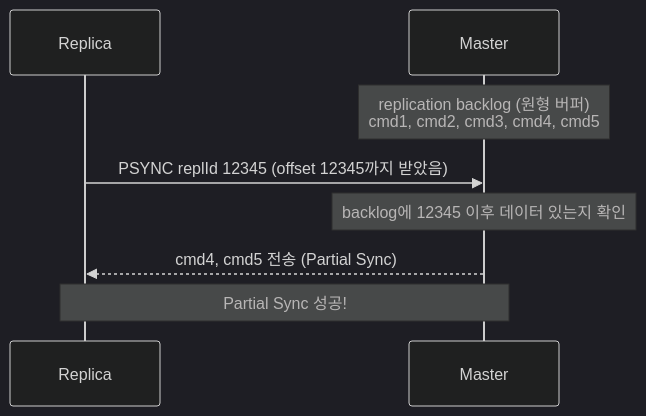
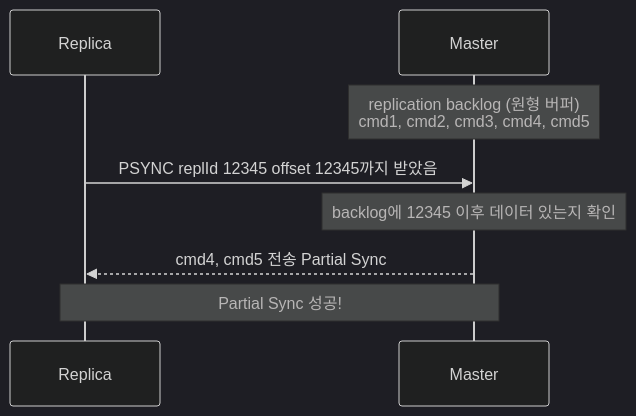
Before and after one commit to yjkim2015/yjkim2015.github.io: the third of 9 diagrams in _posts/redis/2026-05-01-redis-replication.md, drawn with Mermaid (dark theme). The commit also changed other lines of this file and 85 other files, not shown here.

First line of the commit message:
sequenceDiagram 문법 에러 2차 수정 169개 (86파일)

````diff
--- a/_posts/redis/2026-05-01-redis-replication.md
+++ b/_posts/redis/2026-05-01-redis-replication.md
@@ -82,10 +82,10 @@
 ```mermaid
 sequenceDiagram
     participant Rep as Replica
     participant M as Master
     Note over M: replication backlog (원형 버퍼)<br>cmd1, cmd2, cmd3, cmd4, cmd5
-    Rep->>M: PSYNC replId 12345 (offset 12345까지 받았음)
+    Rep->>M: PSYNC replId 12345 offset 12345까지 받았음
     Note over M: backlog에 12345 이후 데이터 있는지 확인
-    M-->>Rep: cmd4, cmd5 전송 (Partial Sync)
+    M-->>Rep: cmd4, cmd5 전송 Partial Sync
     Note over Rep,M: Partial Sync 성공!
 ```
````
